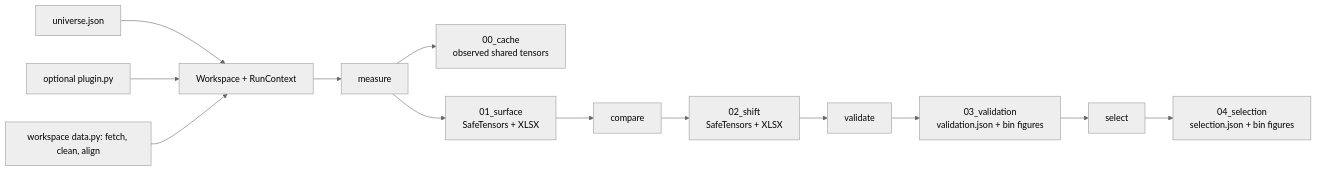
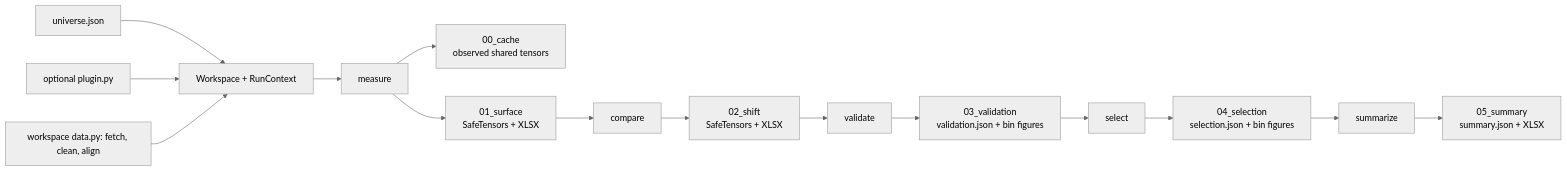
The diagram in src/README.md (doubletrends/alpha-verify), drawn with Mermaid (neutral theme) before and after one commit. The commit also changed other lines of this file and 14 other files, not shown here.

````diff
--- a/src/README.md
+++ b/src/README.md
@@ -71,15 +72,17 @@
 ```mermaid
 flowchart LR
     U[universe.json] --> C[Workspace + RunContext]
     P[optional plugin.py] --> C
     D[workspace data.py: fetch, clean, align] --> C
     C --> M[measure]
     M --> C0[00_cache<br/>observed shared tensors]
     M --> A1[01_surface<br/>SafeTensors + XLSX]
     A1 --> X[compare]
     X --> A2[02_shift<br/>SafeTensors + XLSX]
     A2 --> V[validate]
     V --> A3[03_validation<br/>validation.json + bin figures]
     A3 --> S[select]
     S --> A4[04_selection<br/>selection.json + bin figures]
+    A4 --> Y[summarize]
+    Y --> A5[05_summary<br/>summary.json + XLSX]
 ```
````
